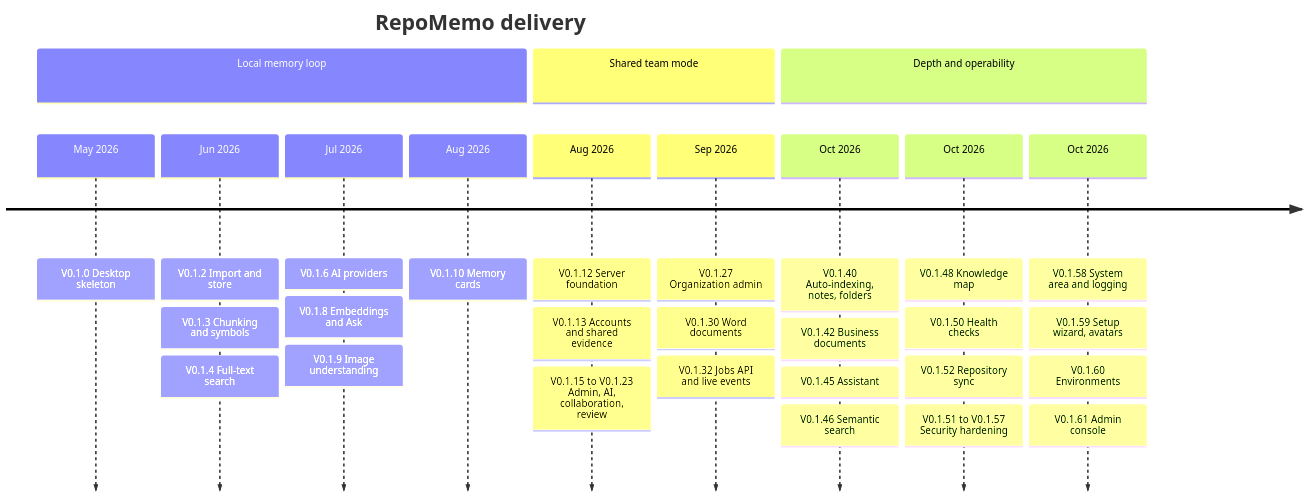
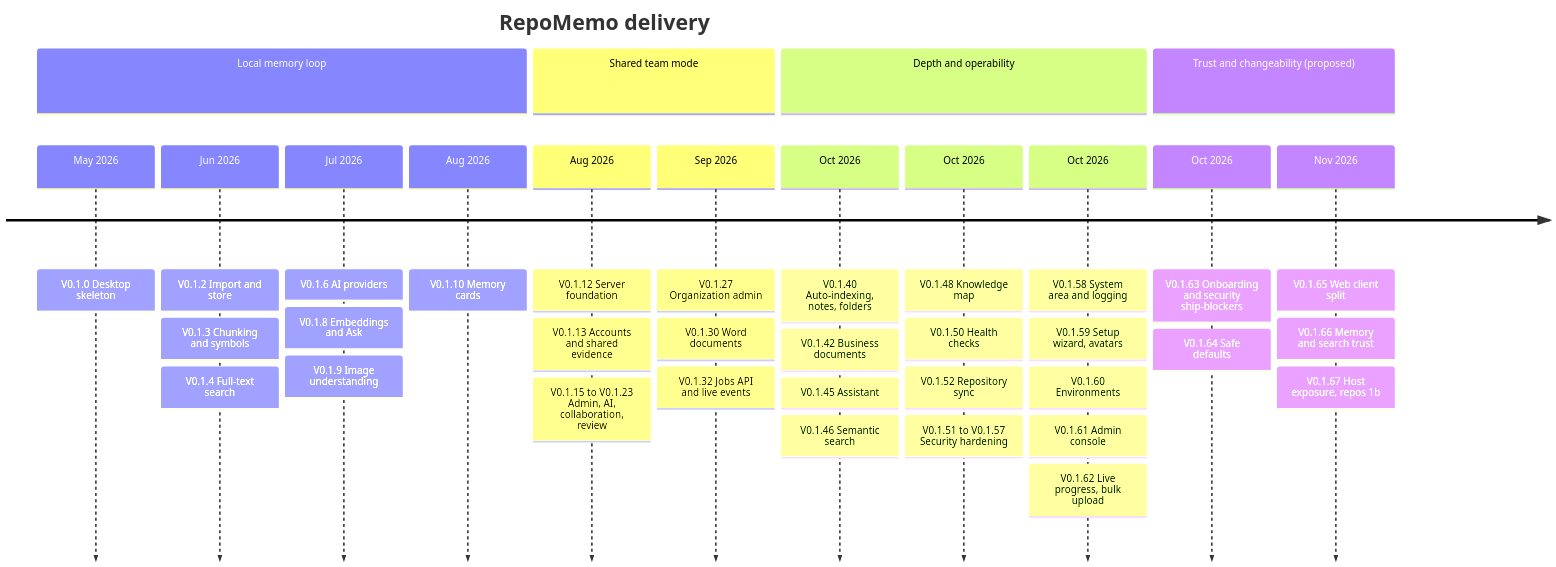
The diagram in mindmap/ROADMAP.md (winksen/RepoMemo), drawn with Mermaid before and after one commit. The commit also changed other lines of this file and 27 other files, not shown here.

````diff
--- a/mindmap/ROADMAP.md
+++ b/mindmap/ROADMAP.md
@@ -14,16 +18,19 @@
 ```mermaid
 timeline
   title RepoMemo delivery
   section Local memory loop
     May 2026 : V0.1.0 Desktop skeleton
     Jun 2026 : V0.1.2 Import and store : V0.1.3 Chunking and symbols : V0.1.4 Full-text search
     Jul 2026 : V0.1.6 AI providers : V0.1.8 Embeddings and Ask : V0.1.9 Image understanding
     Aug 2026 : V0.1.10 Memory cards
   section Shared team mode
     Aug 2026 : V0.1.12 Server foundation : V0.1.13 Accounts and shared evidence : V0.1.15 to V0.1.23 Admin, AI, collaboration, review
     Sep 2026 : V0.1.27 Organization admin : V0.1.30 Word documents : V0.1.32 Jobs API and live events
   section Depth and operability
     Oct 2026 : V0.1.40 Auto-indexing, notes, folders : V0.1.42 Business documents : V0.1.45 Assistant : V0.1.46 Semantic search
     Oct 2026 : V0.1.48 Knowledge map : V0.1.50 Health checks : V0.1.52 Repository sync : V0.1.51 to V0.1.57 Security hardening
-    Oct 2026 : V0.1.58 System area and logging : V0.1.59 Setup wizard, avatars : V0.1.60 Environments : V0.1.61 Admin console
+    Oct 2026 : V0.1.58 System area and logging : V0.1.59 Setup wizard, avatars : V0.1.60 Environments : V0.1.61 Admin console : V0.1.62 Live progress, bulk upload
+  section Trust and changeability (proposed)
+    Oct 2026 : V0.1.63 Onboarding and security ship-blockers : V0.1.64 Safe defaults
+    Nov 2026 : V0.1.65 Web client split : V0.1.66 Memory and search trust : V0.1.67 Host exposure, repos 1b
 ```
````
